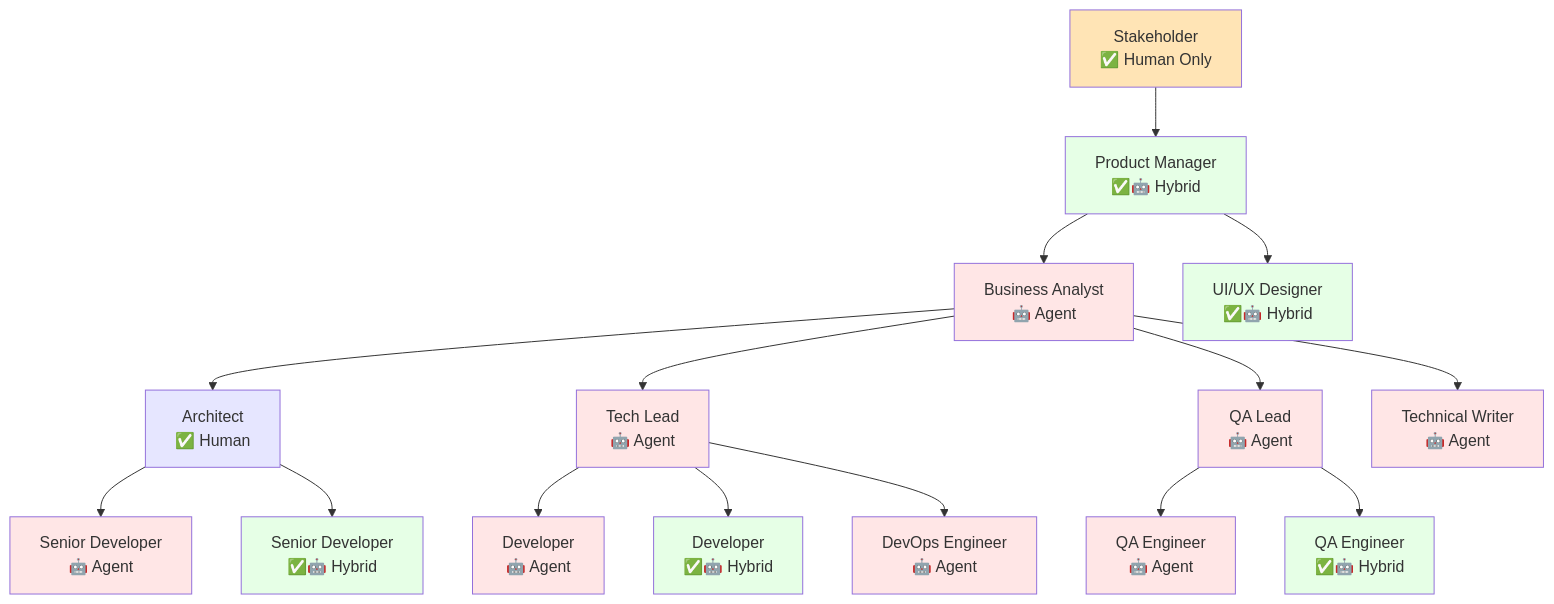
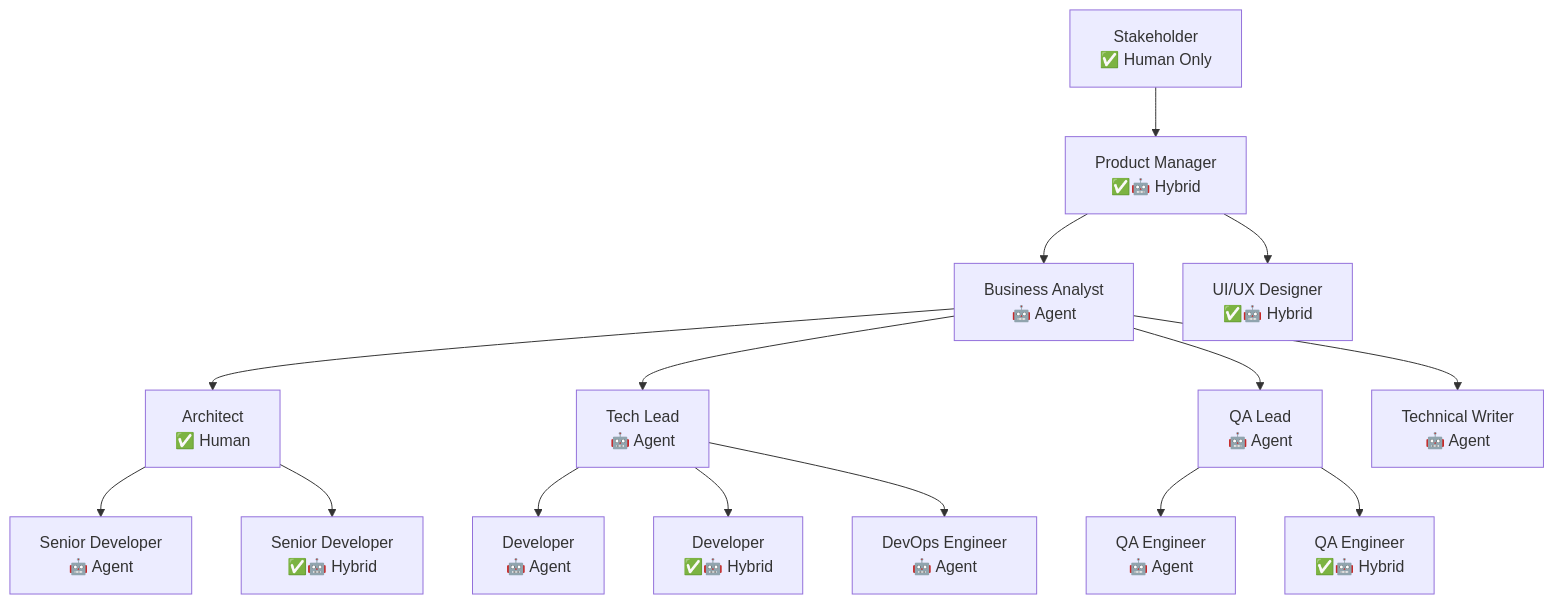
The diagram in presentations/from-team-to-agents/slides/slide-03-agent-augmented.md (o2alexanderfedin/AI-Hive-Business-Docs), drawn with Mermaid before and after one commit. The commit also changed 3 other files, not shown here.

First line of the commit message:
Remove color schemes from all Mermaid diagrams

````diff
--- a/presentations/from-team-to-agents/slides/slide-03-agent-augmented.md
+++ b/presentations/from-team-to-agents/slides/slide-03-agent-augmented.md
@@ -11,34 +11,18 @@
 ```mermaid
 graph TD
     A[Stakeholder<br/>✅ Human Only] --> B[Product Manager<br/>✅🤖 Hybrid]
     B --> C[Business Analyst<br/>🤖 Agent]
     C --> D[Architect<br/>✅ Human]
     C --> E[Tech Lead<br/>🤖 Agent]
     D --> F[Senior Developer<br/>🤖 Agent]
     D --> G[Senior Developer<br/>✅🤖 Hybrid]
     E --> H[Developer<br/>🤖 Agent]
     E --> I[Developer<br/>✅🤖 Hybrid]
 
     B --> J[UI/UX Designer<br/>✅🤖 Hybrid]
     C --> K[QA Lead<br/>🤖 Agent]
     K --> L[QA Engineer<br/>🤖 Agent]
     K --> M[QA Engineer<br/>✅🤖 Hybrid]
     E --> N[DevOps Engineer<br/>🤖 Agent]
     C --> O[Technical Writer<br/>🤖 Agent]
-
-    style A fill:#FFE4B5
-    style B fill:#E6FFE6
-    style C fill:#FFE6E6
-    style D fill:#E6E6FF
-    style E fill:#FFE6E6
-    style F fill:#FFE6E6
-    style G fill:#E6FFE6
-    style H fill:#FFE6E6
-    style I fill:#E6FFE6
-    style J fill:#E6FFE6
-    style K fill:#FFE6E6
-    style L fill:#FFE6E6
-    style M fill:#E6FFE6
-    style N fill:#FFE6E6
-    style O fill:#FFE6E6
 ```
````
